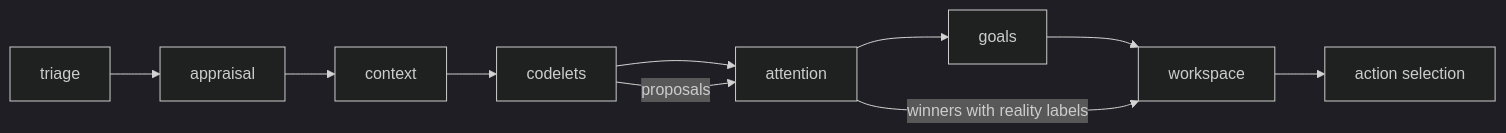
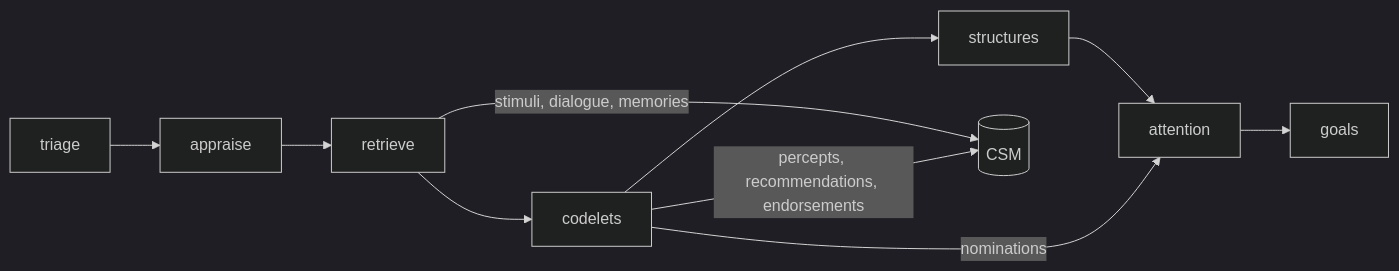
The diagram in docs/subsystems/codelets.md (flamingrickpat/private-machine), drawn with Mermaid (dark theme) before and after one commit. The commit also changed other lines of this file and 47 other files, not shown here.

````diff
--- a/docs/subsystems/codelets.md
+++ b/docs/subsystems/codelets.md
@@ -23,6 +30,7 @@
 ```mermaid
 flowchart LR
-    T[triage] --> A[appraisal] --> C[context] --> K[codelets] --> N[attention] --> G[goals] --> W[workspace] --> S[action selection]
-    K -- proposals --> N
-    N -- winners with reality labels --> W
+    T[triage] --> A[appraise] --> R[retrieve] --> K[codelets] --> S[structures] --> N[attention] --> G[goals]
+    R -- stimuli, dialogue, memories --> CSM[(CSM)]
+    K -- percepts, recommendations, endorsements --> CSM
+    K -- nominations --> N
 ```
````
